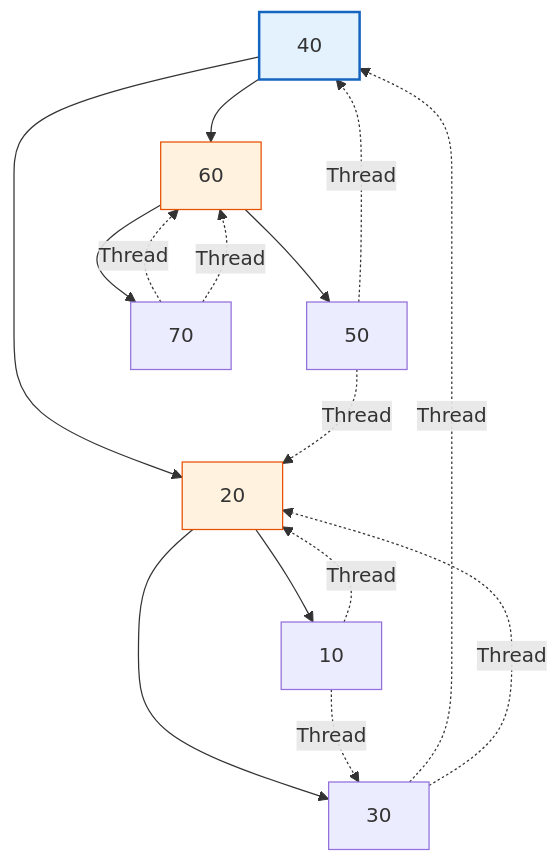
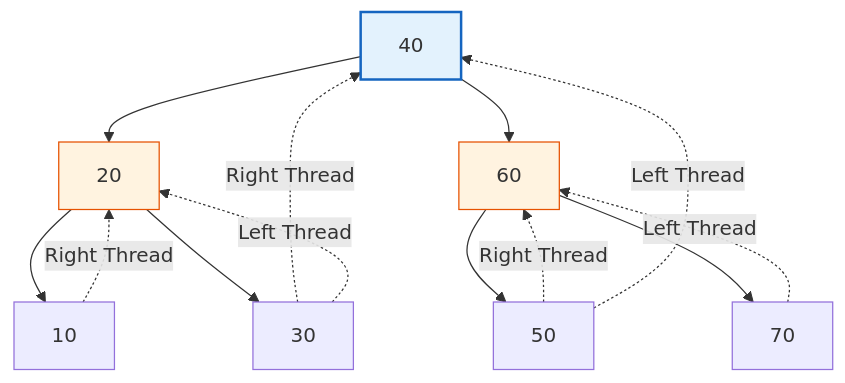
One commit to imyash0722/SEM3-DSA-UE25CS52A-STUDY-MATERIAL changed the first of 3 diagrams in site/docs/unit3/theory/unit3_05_threaded_binary_trees.md. Above: the diagram before and after it, drawn with Mermaid. The commit also changed other lines of this file and 113 other files, not shown here.

Commit message:
Fix Mermaid diagram syntax, dark mode readability, algorithmic visualizations, and update site build

````diff
--- a/site/docs/unit3/theory/unit3_05_threaded_binary_trees.md
+++ b/site/docs/unit3/theory/unit3_05_threaded_binary_trees.md
@@ -24,23 +24,23 @@
 ```mermaid
 graph TD
     A[40] --> B[20]
     A --> C[60]
     B --> D[10]
     B --> E[30]
     C --> F[50]
     C --> G[70]
     
-    %% Threads (dashed lines)
-    D -.->|Thread| B
-    E -.->|Thread| A
-    F -.->|Thread| B
-    G -.->|Thread| C
-    D -.->|Thread| E
-    E -.->|Thread| B
-    F -.->|Thread| A
-    G -.->|Thread| C
+    %% Right Threads (Inorder Successors: 10->20, 30->40, 50->60)
+    D -.->|Right Thread| B
+    E -.->|Right Thread| A
+    F -.->|Right Thread| C
+    
+    %% Left Threads (Inorder Predecessors: 30<-20, 50<-40, 70<-60)
+    E -.->|Left Thread| B
+    F -.->|Left Thread| A
+    G -.->|Left Thread| C
     
     style A fill:#e3f2fd,stroke:#1565c0,stroke-width:2px
     style B fill:#fff3e0,stroke:#e65100
     style C fill:#fff3e0,stroke:#e65100
 ```
````
